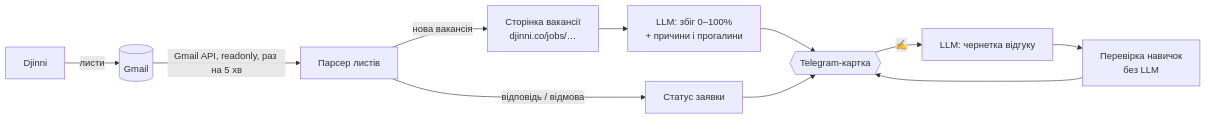
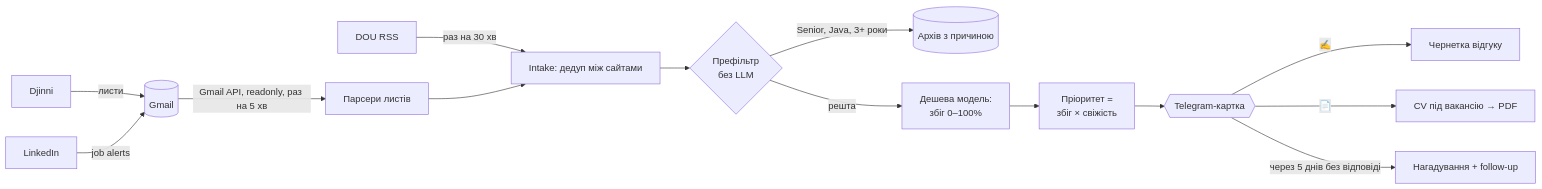
The diagram in README.md (Msk3123/tgJobBot), drawn with Mermaid before and after one commit. The commit also changed other lines of this file and 61 other files, not shown here.

First line of the commit message:
feat(jobs): DOU and LinkedIn sources, rule prefilter, priority, tailored CV PDF, follow-ups

````diff
--- a/README.md
+++ b/README.md
@@ -9,13 +9,16 @@
 ```mermaid
 flowchart LR
     D[Djinni] -- листи --> G[(Gmail)]
-    G -- Gmail API, readonly, раз на 5 хв --> P[Парсер листів]
-    P -->|нова вакансія| F[Сторінка вакансії<br/>djinni.co/jobs/…]
-    F --> S[LLM: збіг 0–100%<br/>+ причини і прогалини]
-    P -->|відповідь / відмова| C[Статус заявки]
-    S --> T{{Telegram-картка}}
-    C --> T
-    T -- ✍️ --> W[LLM: чернетка відгуку]
-    W --> K[Перевірка навичок<br/>без LLM]
-    K --> T
+    L[LinkedIn] -- job alerts --> G
+    G -- Gmail API, readonly, раз на 5 хв --> P[Парсери листів]
+    R[DOU RSS] -- раз на 30 хв --> I
+    P --> I[Intake: дедуп між сайтами]
+    I --> F{Префільтр<br/>без LLM}
+    F -->|Senior, Java, 3+ роки| A[(Архів з причиною)]
+    F -->|решта| S[Дешева модель:<br/>збіг 0–100%]
+    S --> Q[Пріоритет =<br/>збіг × свіжість]
+    Q --> T{{Telegram-картка}}
+    T -- ✍️ --> W[Чернетка відгуку]
+    T -- 📄 --> C[CV під вакансію → PDF]
+    T -- через 5 днів без відповіді --> U[Нагадування + follow-up]
 ```
````
